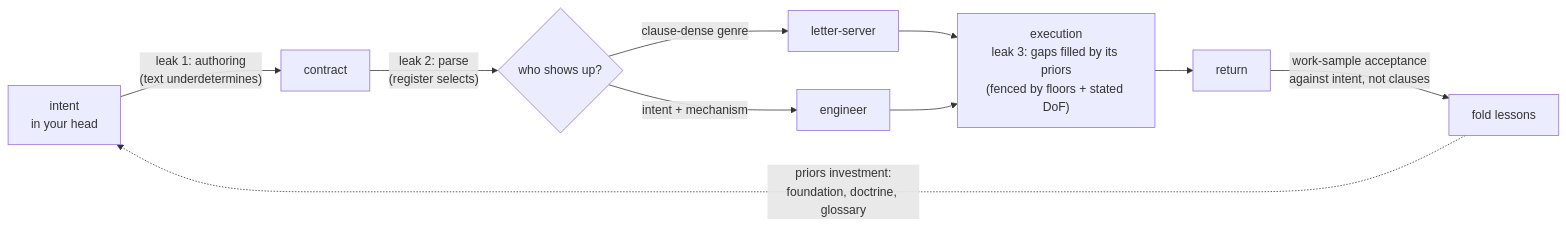
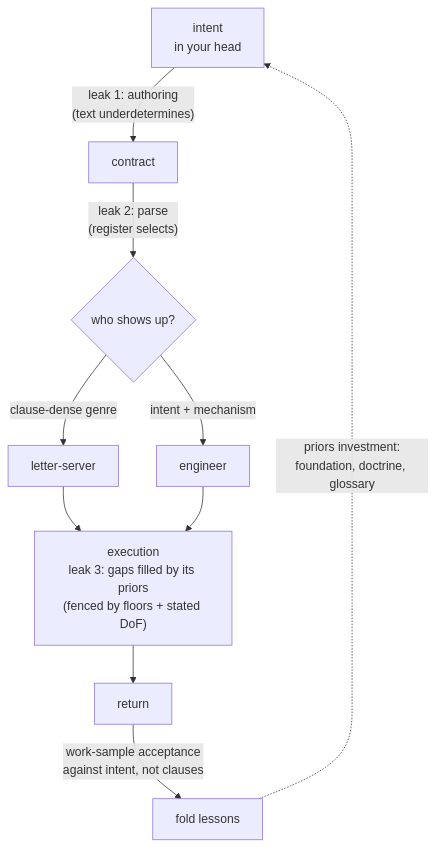
One commit to vzezin/jinni changed the diagram in jinni-engineering-field-manual.md. Above: the diagram before and after it, drawn with Mermaid. The commit also changed 1 other file, not shown here.

Commit message:
Jinni Engineering Field Manual: typeset build for the deposit (md2pdf, Pagella) with the DOI stamped up the left margin of page 1 and in the metadata; §5 diagram set top-to-bottom so it reads inline

````diff
--- a/jinni-engineering-field-manual.md
+++ b/jinni-engineering-field-manual.md
@@ -93,11 +93,11 @@
 ```mermaid
-flowchart LR
+flowchart TB
     I[intent<br/>in your head] -->|"leak 1: authoring<br/>(text underdetermines)"| C[contract]
     C -->|"leak 2: parse<br/>(register selects)"| M{who shows up?}
     M -->|clause-dense genre| L[letter-server]
     M -->|intent + mechanism| E[engineer]
     L --> X["execution<br/>leak 3: gaps filled by its priors<br/>(fenced by floors + stated DoF)"]
     E --> X
     X --> R[return] -->|work-sample acceptance<br/>against intent, not clauses| F[fold lessons]
     F -.->|priors investment:<br/>foundation, doctrine, glossary| I
 ```
````
